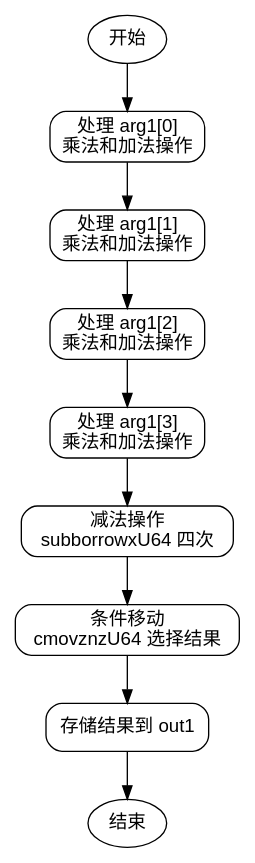
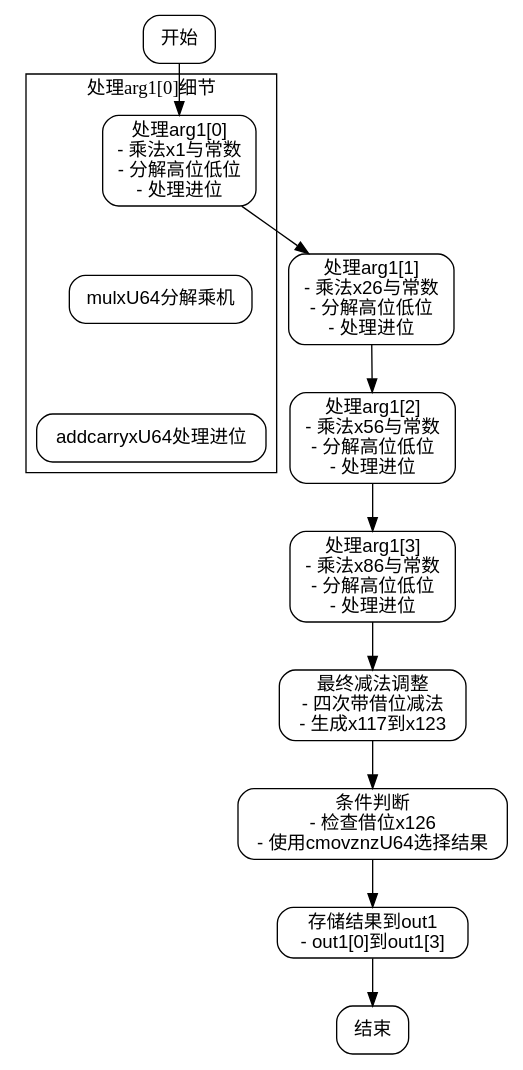
One commit to sdzx-1/deepseek-zig-reader changed the diagram in dot_std/crypto/pcurves/p256/p256_scalar_64.zig.fromMontgomery.md. Above: the diagram before and after it, drawn with Graphviz. The commit also changed other lines of this file and 236 other files, not shown here.

````diff
--- a/dot_std/crypto/pcurves/p256/p256_scalar_64.zig.fromMontgomery.md
+++ b/dot_std/crypto/pcurves/p256/p256_scalar_64.zig.fromMontgomery.md
@@ -36,25 +36,36 @@
 ```dot
 digraph flowchart {
     node [shape=rectangle, style=rounded, fontname=Helvetica];
     edge [fontname=Helvetica];
 
-    start [label="开始", shape=ellipse];
-    process_arg0 [label="处理 arg1[0]\n乘法和加法操作"];
-    process_arg1 [label="处理 arg1[1]\n乘法和加法操作"];
-    process_arg2 [label="处理 arg1[2]\n乘法和加法操作"];
-    process_arg3 [label="处理 arg1[3]\n乘法和加法操作"];
-    subtract [label="减法操作\nsubborrowxU64 四次"];
-    cmov [label="条件移动\ncmovznzU64 选择结果"];
-    store_result [label="存储结果到 out1"];
-    end [label="结束", shape=ellipse];
+    start [label="开始"];
+    process_arg0 [label="处理arg1[0]\n- 乘法x1与常数\n- 分解高位低位\n- 处理进位"];
+    process_arg1 [label="处理arg1[1]\n- 乘法x26与常数\n- 分解高位低位\n- 处理进位"];
+    process_arg2 [label="处理arg1[2]\n- 乘法x56与常数\n- 分解高位低位\n- 处理进位"];
+    process_arg3 [label="处理arg1[3]\n- 乘法x86与常数\n- 分解高位低位\n- 处理进位"];
+    final_subtractions [label="最终减法调整\n- 四次带借位减法\n- 生成x117到x123"];
+    condition_check [label="条件判断\n- 检查借位x126\n- 使用cmovznzU64选择结果"];
+    store_result [label="存储结果到out1\n- out1[0]到out1[3]"];
+    end [label="结束"];
 
     start -> process_arg0;
     process_arg0 -> process_arg1;
     process_arg1 -> process_arg2;
     process_arg2 -> process_arg3;
-    process_arg3 -> subtract;
-    subtract -> cmov;
-    cmov -> store_result;
+    process_arg3 -> final_subtractions;
+    final_subtractions -> condition_check;
+    condition_check -> store_result;
     store_result -> end;
+
+    // 内部操作示例（可折叠）
+    subgraph cluster_arg0 {
+        label="处理arg1[0]细节";
+        mul_arg0 [label="mulxU64分解乘机"];
+        addcarry_arg0 [label="addcarryxU64处理进位"];
+        process_arg0 -> mul_arg0 [style=invis];
+        mul_arg0 -> addcarry_arg0 [style=invis];
+    }
+
+    // 类似子图可添加其他处理步骤...
 }
 ```
````
